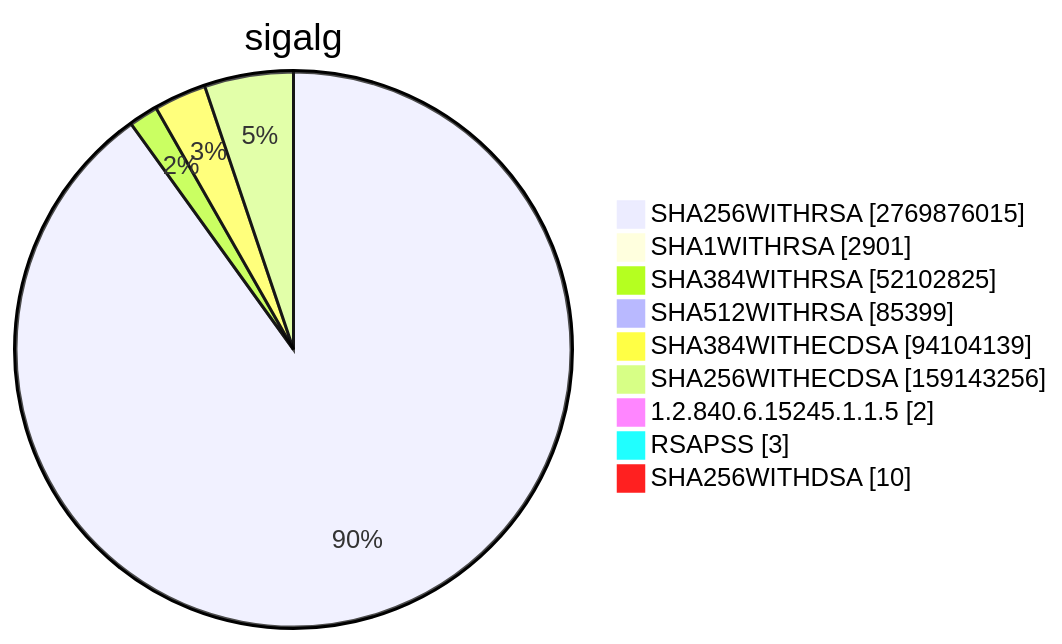
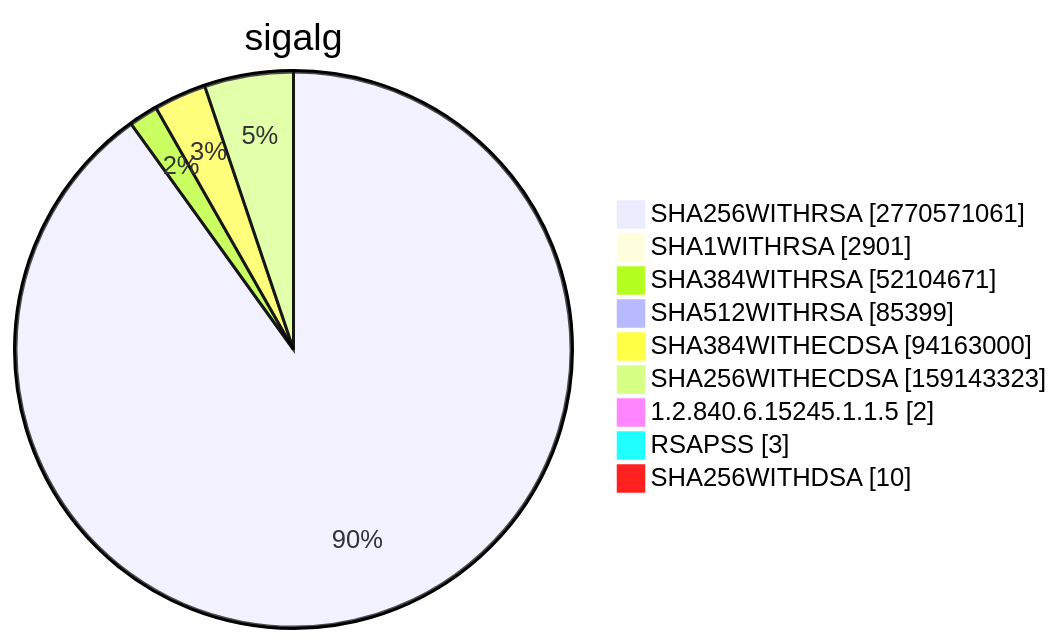
Diagram 15 of 15 in TOTAL/README.md (christiankrug/ctmonitor_visualization), drawn with Mermaid before and after one commit. The commit also changed other lines of this file, not shown here.

````diff
--- a/TOTAL/README.md
+++ b/TOTAL/README.md
@@ -6205,13 +6205,13 @@
 ```mermaid
 pie showData
 title sigalg
-"SHA256WITHRSA" :2769876015
+"SHA256WITHRSA" :2770571061
 "SHA1WITHRSA" :2901
-"SHA384WITHRSA" :52102825
+"SHA384WITHRSA" :52104671
 "SHA512WITHRSA" :85399
-"SHA384WITHECDSA" :94104139
-"SHA256WITHECDSA" :159143256
+"SHA384WITHECDSA" :94163000
+"SHA256WITHECDSA" :159143323
 "1.2.840.6.15245.1.1.5" :2
 "RSAPSS" :3
 "SHA256WITHDSA" :10
 ```
````
